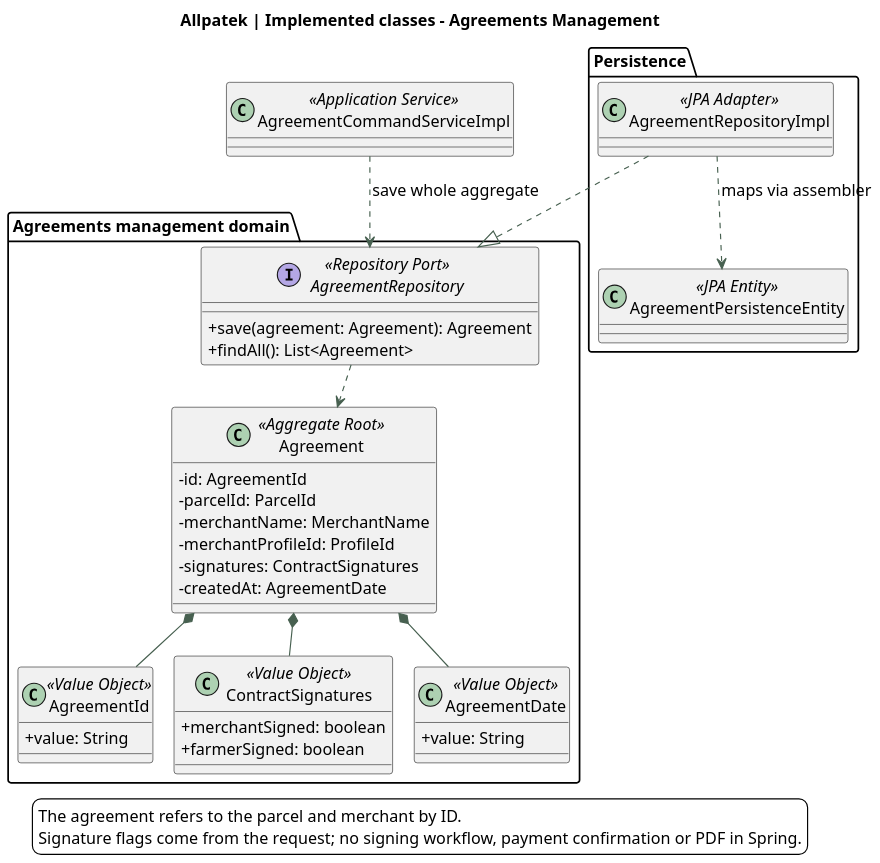
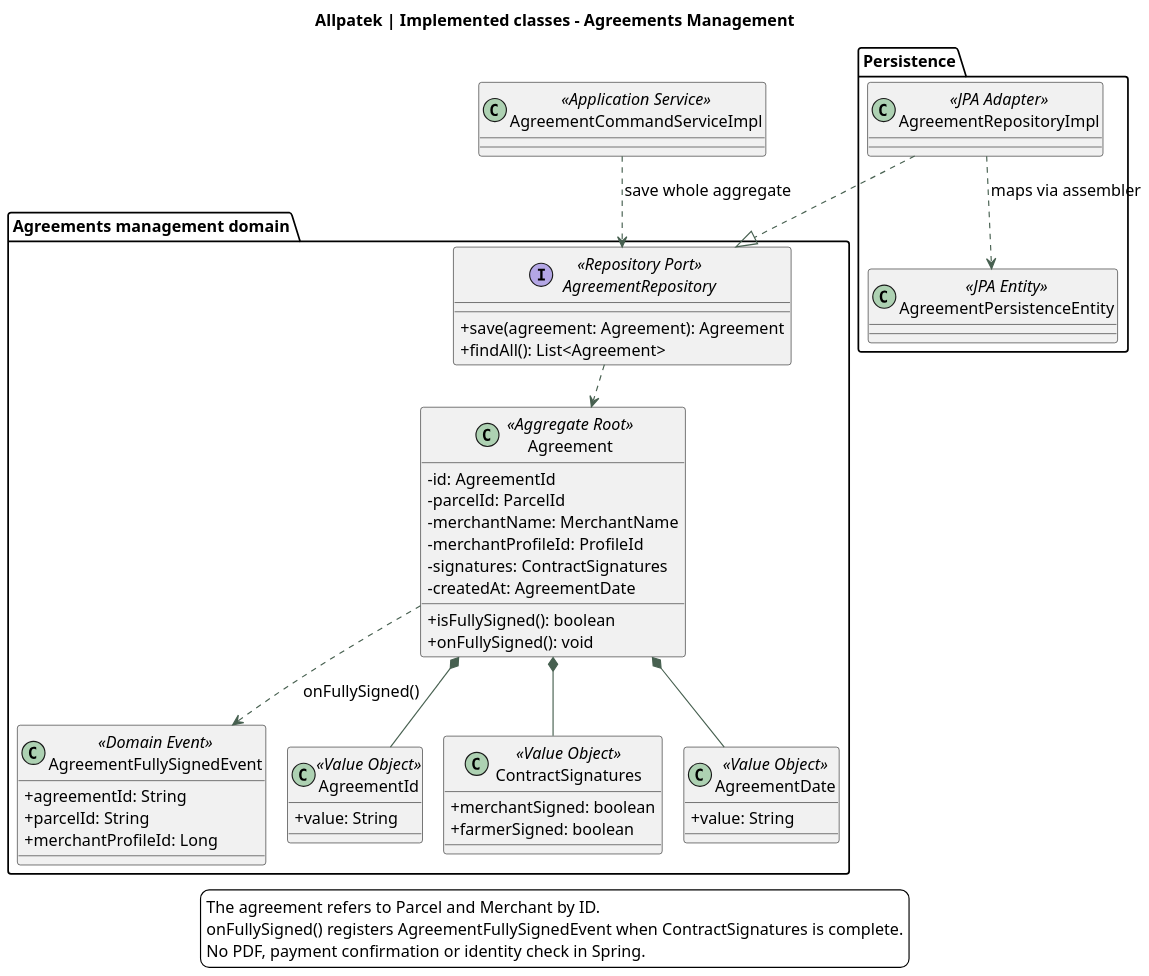
The diagram in assets/chapter-04/architecture/10-classes-contracts.puml (upc-pre-202620-1asi0729-7753-Terranova/allpatek-report), drawn with PlantUML before and after one commit. The commit also changed 2 other files, not shown here.

Commit message:
docs(architecture): add AgreementFullySignedEvent to class diagram

```diff
--- a/assets/chapter-04/architecture/10-classes-contracts.puml
+++ b/assets/chapter-04/architecture/10-classes-contracts.puml
@@ -1,62 +1,72 @@
 @startuml
 !pragma layout smetana
 skinparam backgroundColor white
 skinparam defaultFontName SansSerif
 skinparam defaultFontSize 14
 skinparam shadowing false
 skinparam classAttributeIconSize 0
 skinparam ArrowColor #476050
 skinparam dpi 140
 title Allpatek | Implemented classes - Agreements Management
 top to bottom direction
 
 package "Agreements management domain" {
   class Agreement <<Aggregate Root>> {
     -id: AgreementId
     -parcelId: ParcelId
     -merchantName: MerchantName
     -merchantProfileId: ProfileId
     -signatures: ContractSignatures
     -createdAt: AgreementDate
+    +isFullySigned(): boolean
+    +onFullySigned(): void
+  }
+
+  class AgreementFullySignedEvent <<Domain Event>> {
+    +agreementId: String
+    +parcelId: String
+    +merchantProfileId: Long
   }
 
   class AgreementId <<Value Object>> {
     +value: String
   }
 
   class ContractSignatures <<Value Object>> {
     +merchantSigned: boolean
     +farmerSigned: boolean
   }
 
   class AgreementDate <<Value Object>> {
     +value: String
   }
 
   interface AgreementRepository <<Repository Port>> {
     +save(agreement: Agreement): Agreement
     +findAll(): List<Agreement>
   }
 
   Agreement *-- AgreementId
   Agreement *-- ContractSignatures
   Agreement *-- AgreementDate
+  Agreement ..> AgreementFullySignedEvent : onFullySigned()
   AgreementRepository ..> Agreement
 }
 
 class AgreementCommandServiceImpl <<Application Service>>
 AgreementCommandServiceImpl ..> AgreementRepository : save whole aggregate
 
 package "Persistence" {
   class AgreementRepositoryImpl <<JPA Adapter>>
   class AgreementPersistenceEntity <<JPA Entity>>
 
   AgreementRepositoryImpl ..> AgreementPersistenceEntity : maps via assembler
 }
 AgreementRepositoryImpl ..|> AgreementRepository
 
 legend bottom
-The agreement refers to the parcel and merchant by ID.
-Signature flags come from the request; no signing workflow, payment confirmation or PDF in Spring.
+The agreement refers to Parcel and Merchant by ID.
+onFullySigned() registers AgreementFullySignedEvent when ContractSignatures is complete.
+No PDF, payment confirmation or identity check in Spring.
 endlegend
 @enduml
```
